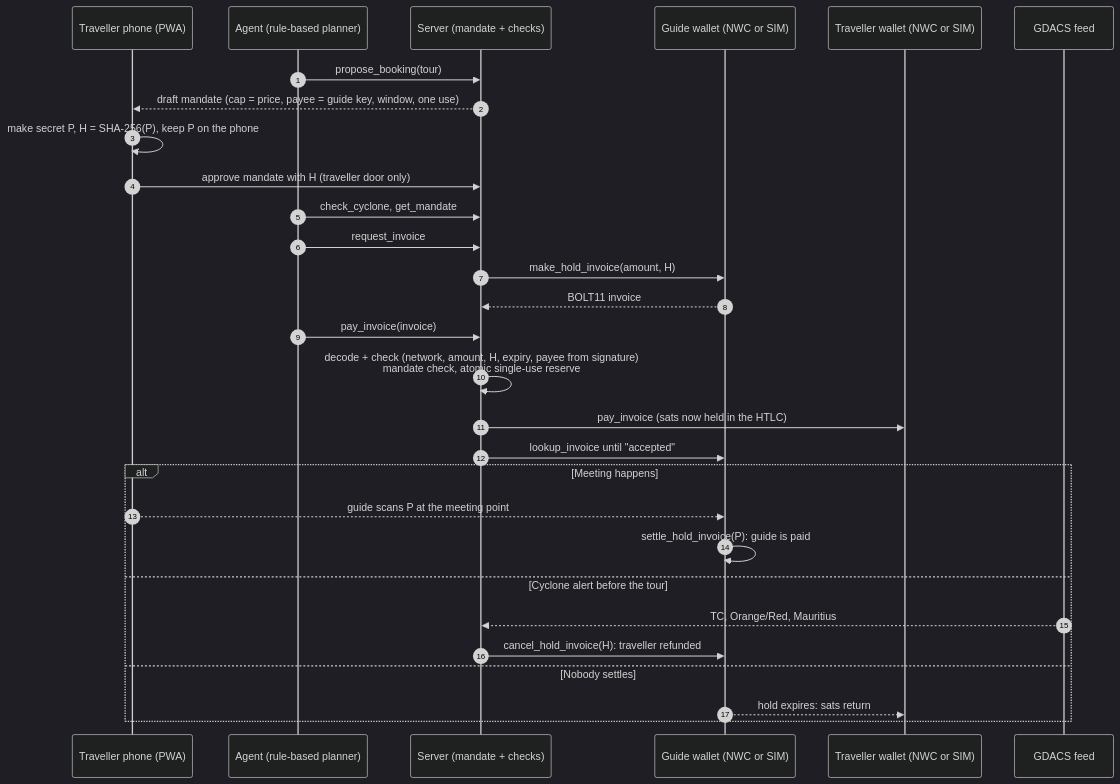
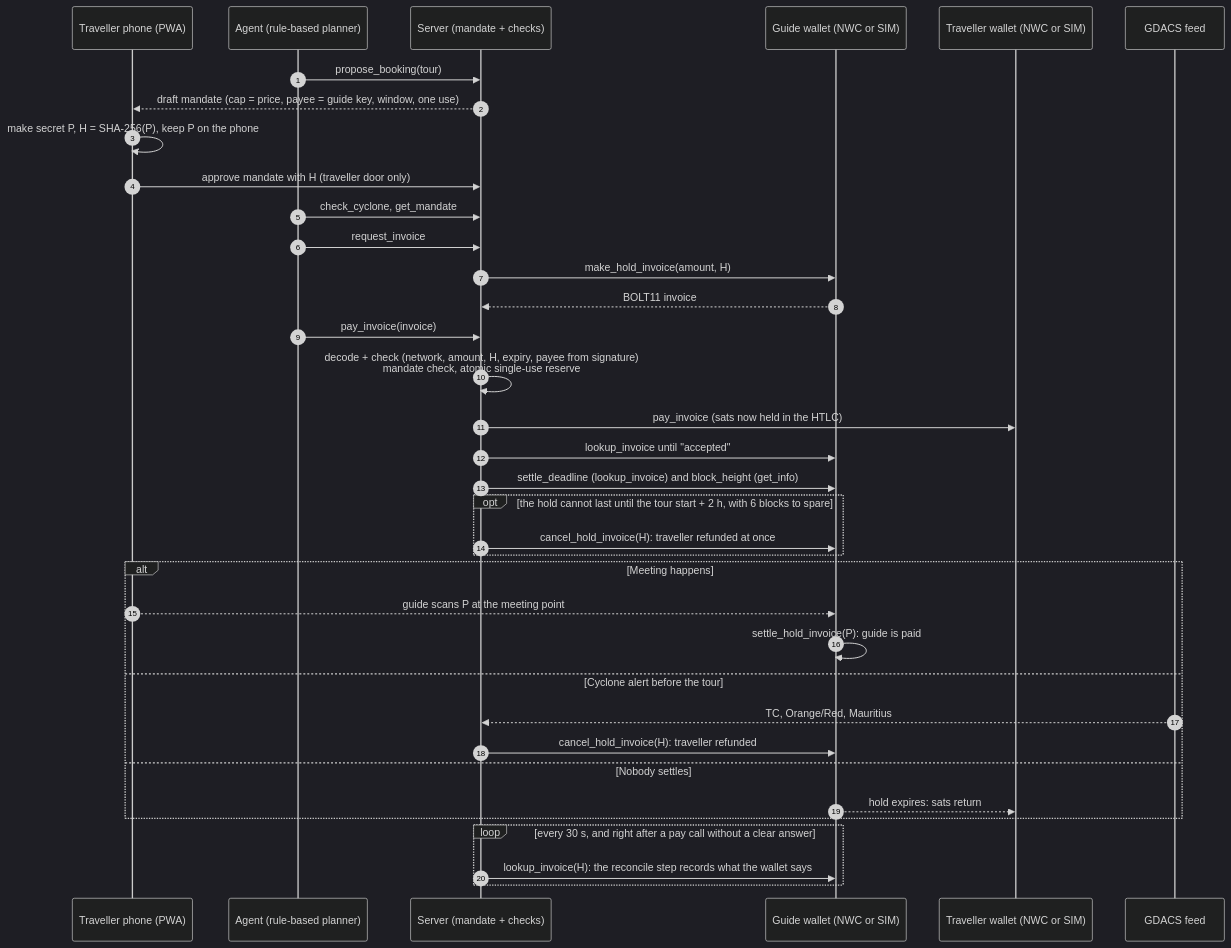
The first of 2 diagrams in docs/ARCHITECTURE.md (haidarally/GuideSats), drawn with Mermaid (dark theme) before and after one commit. The commit also changed other lines of this file and 4 other files, not shown here.

First line of the commit message:
docs: what ran over NWC against the faucet test wallets, the measured 24-block hold limit, the 1 h window

````diff
--- a/docs/ARCHITECTURE.md
+++ b/docs/ARCHITECTURE.md
@@ -31,32 +34,39 @@
 ```mermaid
 sequenceDiagram
     autonumber
     participant T as Traveller phone (PWA)
     participant A as Agent (rule-based planner)
     participant S as Server (mandate + checks)
     participant GW as Guide wallet (NWC or SIM)
     participant TW as Traveller wallet (NWC or SIM)
     participant F as GDACS feed
 
     A->>S: propose_booking(tour)
     S-->>T: draft mandate (cap = price, payee = guide key, window, one use)
     T->>T: make secret P, H = SHA-256(P), keep P on the phone
     T->>S: approve mandate with H (traveller door only)
     A->>S: check_cyclone, get_mandate
     A->>S: request_invoice
     S->>GW: make_hold_invoice(amount, H)
     GW-->>S: BOLT11 invoice
     A->>S: pay_invoice(invoice)
     S->>S: decode + check (network, amount, H, expiry, payee from signature)<br/>mandate check, atomic single-use reserve
     S->>TW: pay_invoice (sats now held in the HTLC)
     S->>GW: lookup_invoice until "accepted"
+    S->>GW: settle_deadline (lookup_invoice) and block_height (get_info)
+    opt the hold cannot last until the tour start + 2 h, with 6 blocks to spare
+        S->>GW: cancel_hold_invoice(H): traveller refunded at once
+    end
     alt Meeting happens
         T-->>GW: guide scans P at the meeting point
         GW->>GW: settle_hold_invoice(P): guide is paid
     else Cyclone alert before the tour
         F-->>S: TC, Orange/Red, Mauritius
         S->>GW: cancel_hold_invoice(H): traveller refunded
     else Nobody settles
         GW-->>TW: hold expires: sats return
     end
+    loop every 30 s, and right after a pay call without a clear answer
+        S->>GW: lookup_invoice(H): the reconcile step records what the wallet says
+    end
 ```
````
